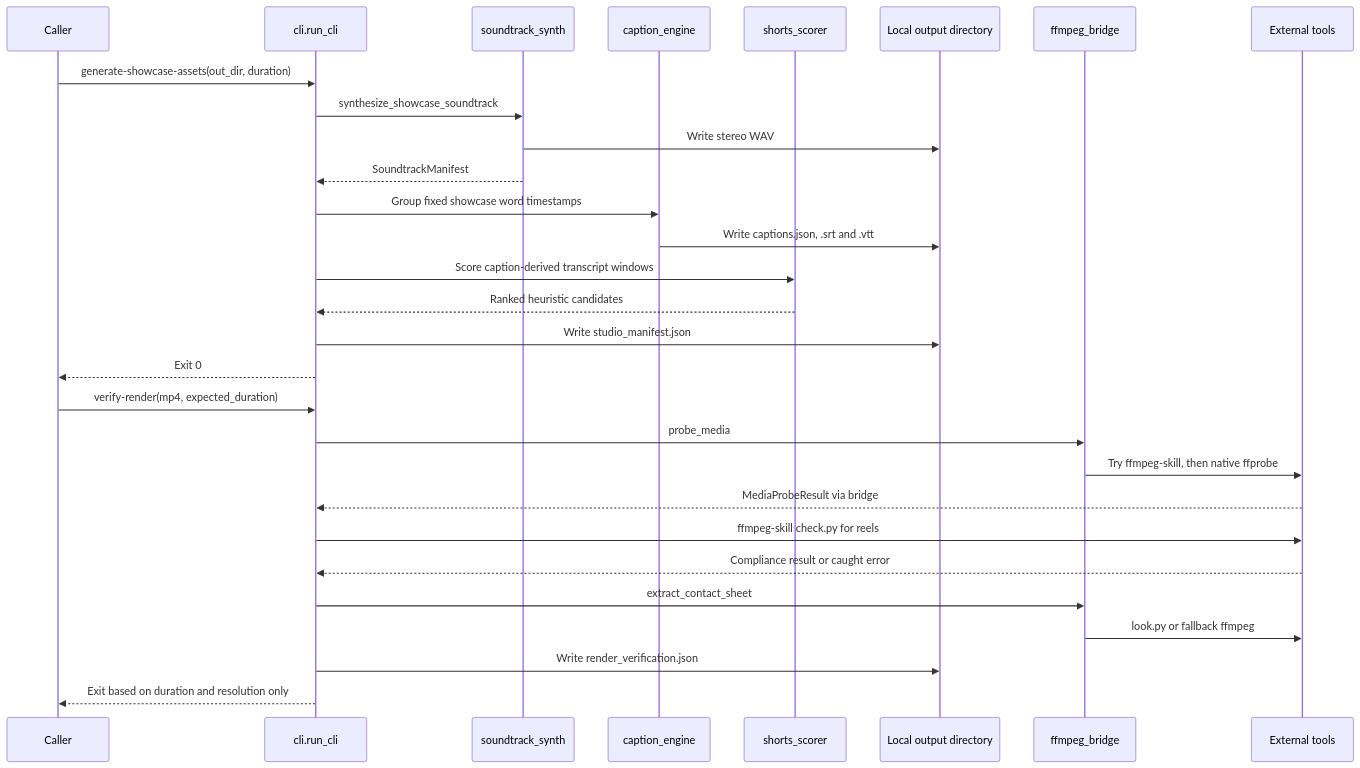
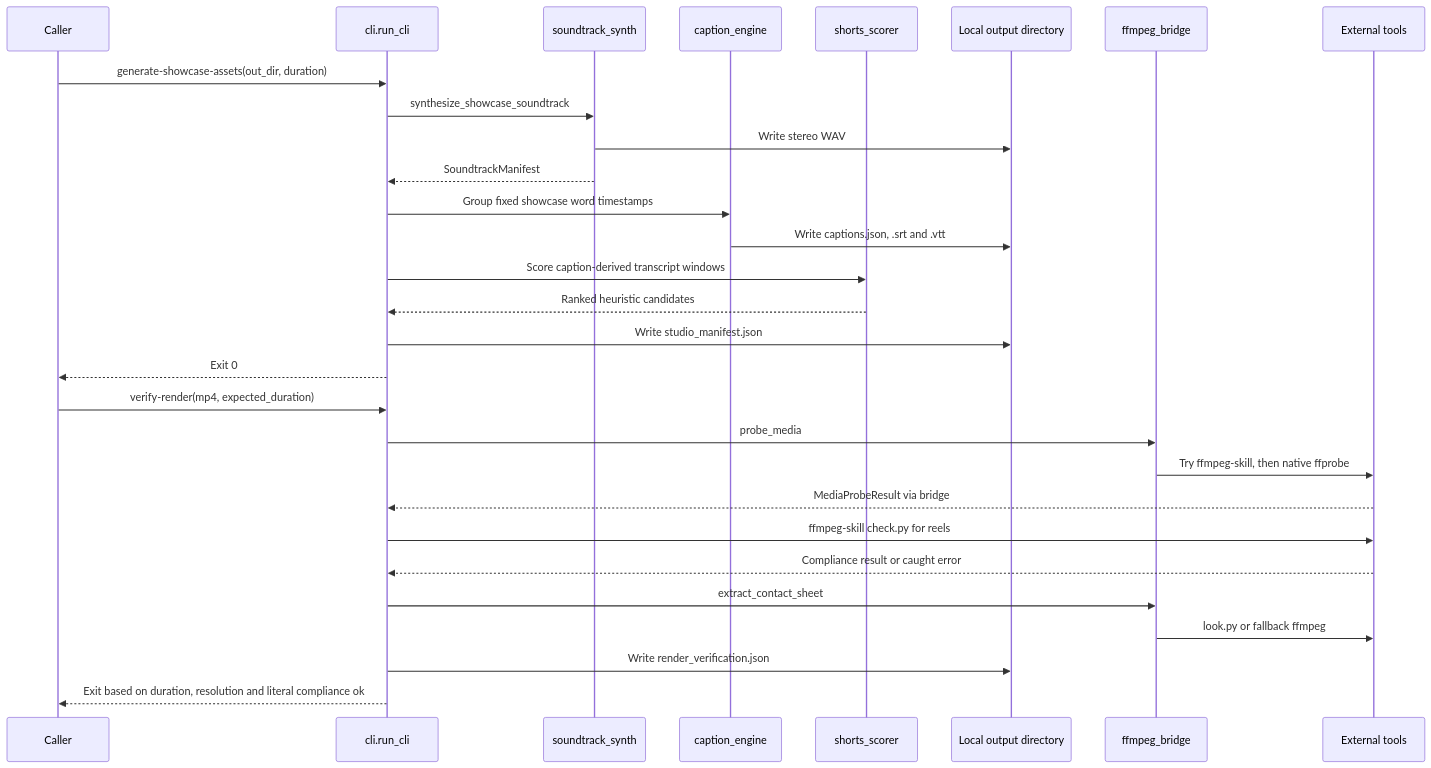
One commit to vanovri/agy-codex-video-studio changed the second of 2 diagrams in ARCHITECTURE.md. Above: the diagram before and after it, drawn with Mermaid. The commit also changed other lines of this file and 2 other files, not shown here.

Commit message:
chore(audit): make graphify index test optional and update architecture/tech-debt verification notes

````diff
--- a/ARCHITECTURE.md
+++ b/ARCHITECTURE.md
@@ -45,31 +45,31 @@
 ```mermaid
 sequenceDiagram
     participant Caller
     participant CLI as cli.run_cli
     participant Audio as soundtrack_synth
     participant Captions as caption_engine
     participant Rank as shorts_scorer
     participant Disk as Local output directory
     participant Bridge as ffmpeg_bridge
     participant Tools as External tools
     Caller->>CLI: generate-showcase-assets(out_dir, duration)
     CLI->>Audio: synthesize_showcase_soundtrack
     Audio->>Disk: Write stereo WAV
     Audio-->>CLI: SoundtrackManifest
     CLI->>Captions: Group fixed showcase word timestamps
     Captions->>Disk: Write captions.json, .srt and .vtt
     CLI->>Rank: Score caption-derived transcript windows
     Rank-->>CLI: Ranked heuristic candidates
     CLI->>Disk: Write studio_manifest.json
     CLI-->>Caller: Exit 0
     Caller->>CLI: verify-render(mp4, expected_duration)
     CLI->>Bridge: probe_media
     Bridge->>Tools: Try ffmpeg-skill, then native ffprobe
     Tools-->>CLI: MediaProbeResult via bridge
     CLI->>Tools: ffmpeg-skill check.py for reels
     Tools-->>CLI: Compliance result or caught error
     CLI->>Bridge: extract_contact_sheet
     Bridge->>Tools: look.py or fallback ffmpeg
     CLI->>Disk: Write render_verification.json
-    CLI-->>Caller: Exit based on duration and resolution only
+    CLI-->>Caller: Exit based on duration, resolution and literal compliance ok
 ```
````
